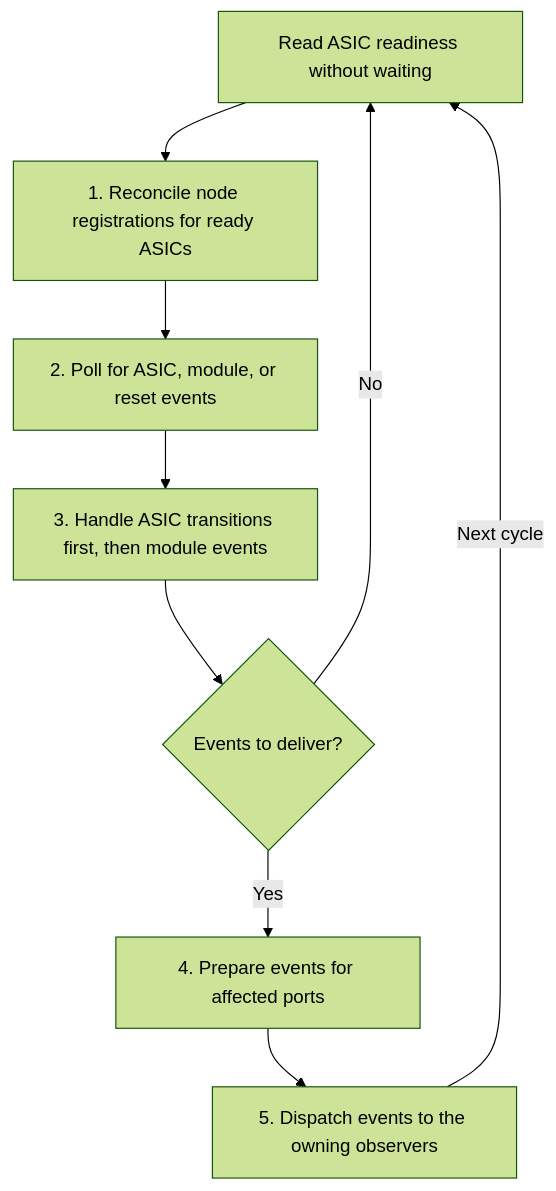
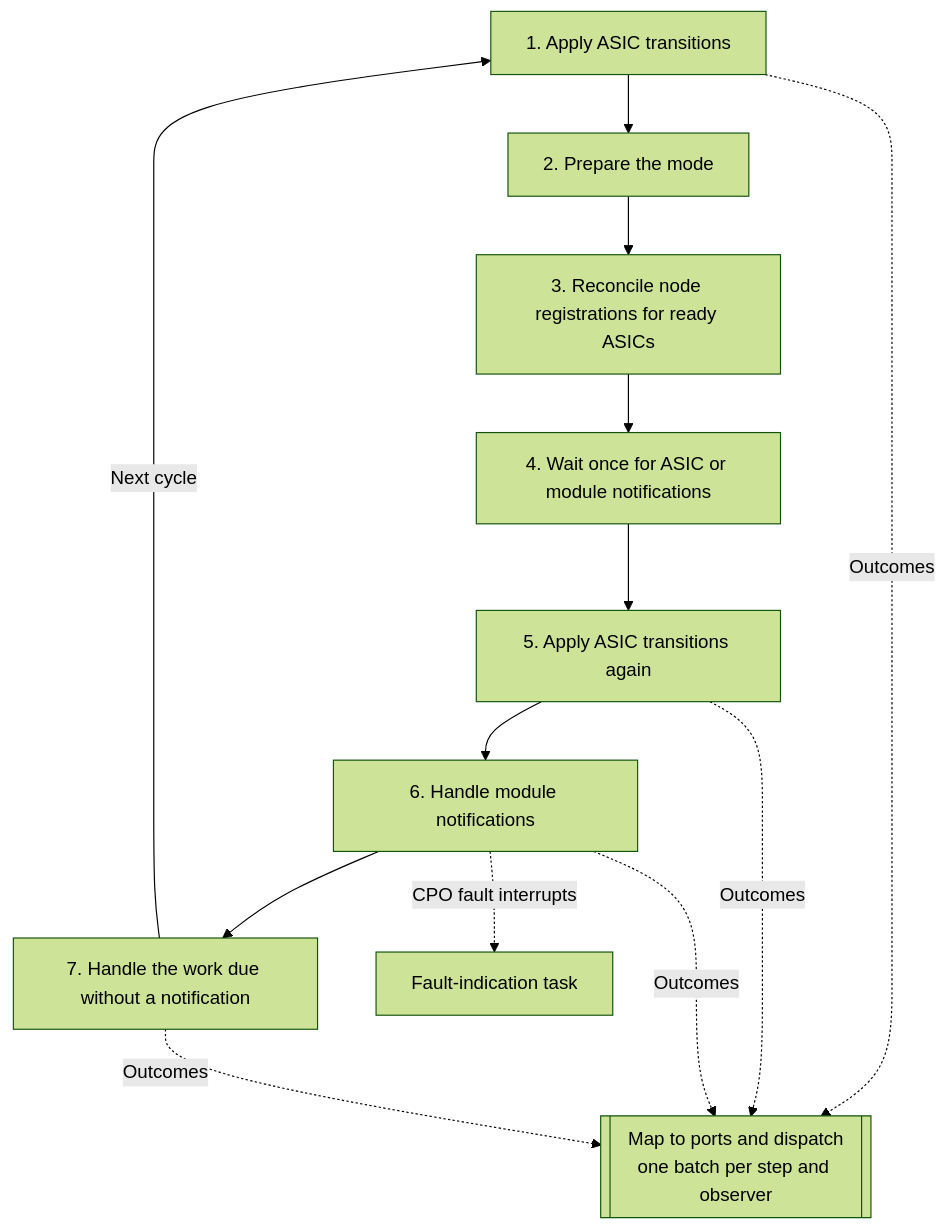
One commit to sonic-net/SONiC changed the third of 7 diagrams in doc/module-change-event-refactor/module-change-event-refactor-hld.md. Above: the diagram before and after it, drawn with Mermaid (forest theme). The commit also changed other lines of this file, not shown here.

````diff
--- a/doc/module-change-event-refactor/module-change-event-refactor-hld.md
+++ b/doc/module-change-event-refactor/module-change-event-refactor-hld.md
@@ -148,11 +149,15 @@
 ```mermaid
 flowchart TB
-    readiness["Read ASIC readiness without waiting"] --> register["1. Reconcile node registrations for ready ASICs"]
-    register --> poll["2. Poll for ASIC, module, or reset events"]
-    poll --> handle["3. Handle ASIC transitions first, then module events"]
-    handle --> outcome{"Events to deliver?"}
-    outcome -->|Yes| prepare["4. Prepare events for affected ports"]
-    outcome -->|No| readiness
-    prepare --> dispatch["5. Dispatch events to the owning observers"]
-    dispatch -->|Next cycle| readiness
+    asic1["1. Apply ASIC transitions"] --> mode["2. Prepare the mode"]
+    mode --> register["3. Reconcile node registrations for ready ASICs"]
+    register --> poll["4. Wait once for ASIC or module notifications"]
+    poll --> asic2["5. Apply ASIC transitions again"]
+    asic2 --> handle["6. Handle module notifications"]
+    handle --> due["7. Handle the work due without a notification"]
+    due -->|Next cycle| asic1
+    asic1 -.->|Outcomes| dispatch[["Map to ports and dispatch<br/>one batch per step and observer"]]
+    asic2 -.->|Outcomes| dispatch
+    handle -.->|Outcomes| dispatch
+    due -.->|Outcomes| dispatch
+    handle -.->|CPO fault interrupts| fit["Fault-indication task"]
 ```
````
